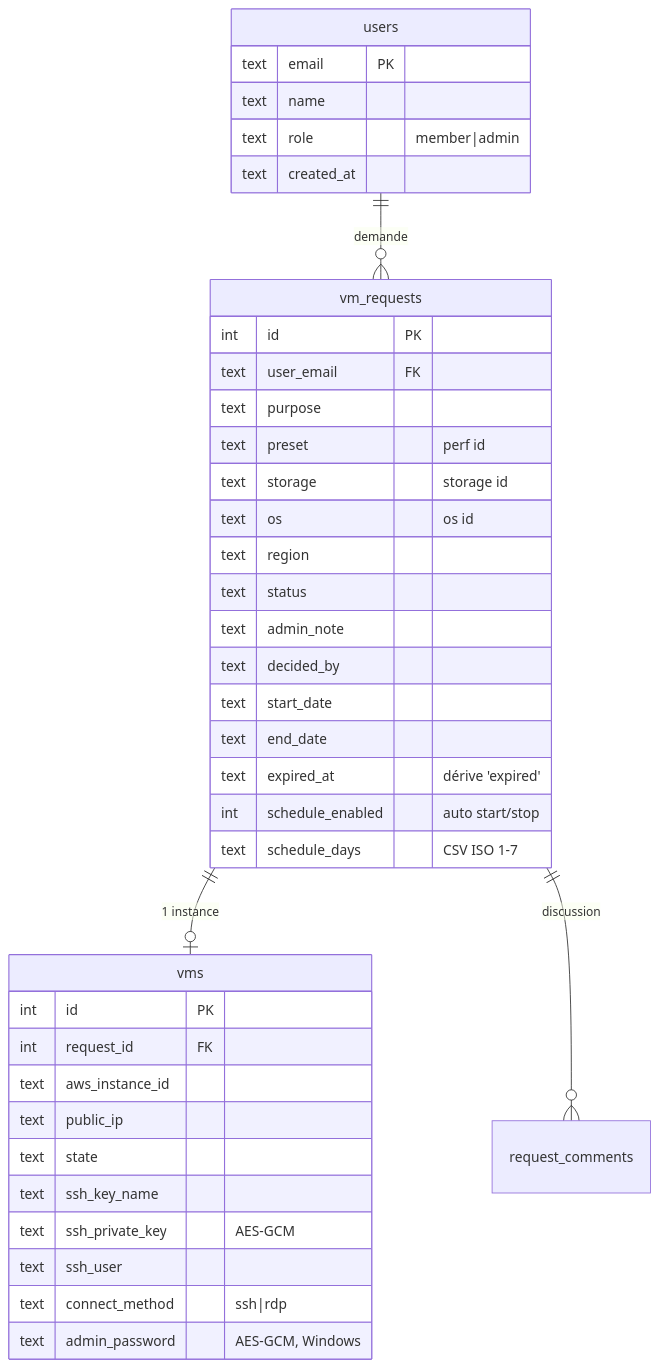
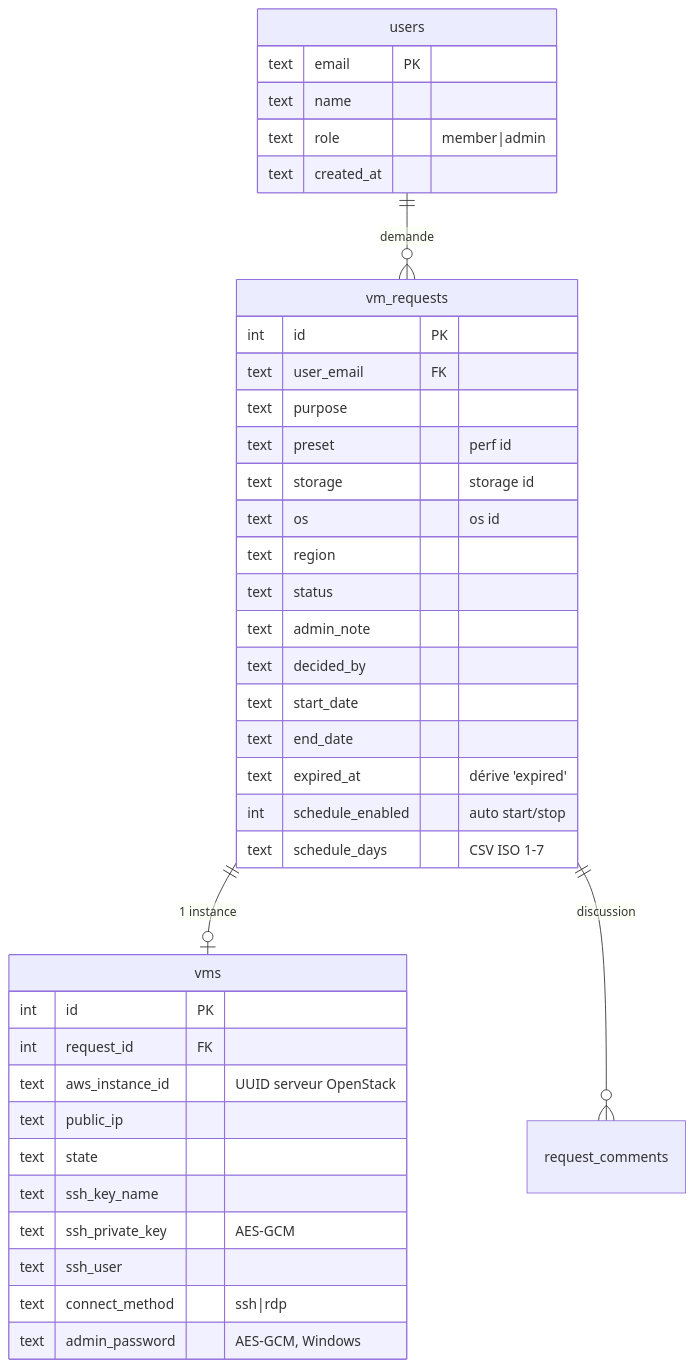
Before and after one commit to Thomas-TP/GIT-VM-OpenStack: the fourth of 5 diagrams in docs/ARCHITECTURE.md, drawn with Mermaid. The commit also changed other lines of this file and 23 other files, not shown here.

First line of the commit message:
docs+scripts: adapt docs and helper scripts to OpenStack

````diff
--- a/docs/ARCHITECTURE.md
+++ b/docs/ARCHITECTURE.md
@@ -115,42 +115,42 @@
 ```mermaid
 erDiagram
     users ||--o{ vm_requests : "demande"
     vm_requests ||--o| vms : "1 instance"
     vm_requests ||--o{ request_comments : "discussion"
 
     users {
         text email PK
         text name
         text role "member|admin"
         text created_at
     }
     vm_requests {
         int id PK
         text user_email FK
         text purpose
         text preset "perf id"
         text storage "storage id"
         text os "os id"
         text region
         text status
         text admin_note
         text decided_by
         text start_date
         text end_date
         text expired_at "dérive 'expired'"
         int schedule_enabled "auto start/stop"
         text schedule_days "CSV ISO 1-7"
     }
     vms {
         int id PK
         int request_id FK
-        text aws_instance_id
+        text aws_instance_id "UUID serveur OpenStack"
         text public_ip
         text state
         text ssh_key_name
         text ssh_private_key "AES-GCM"
         text ssh_user
         text connect_method "ssh|rdp"
         text admin_password "AES-GCM, Windows"
     }
 ```
````
